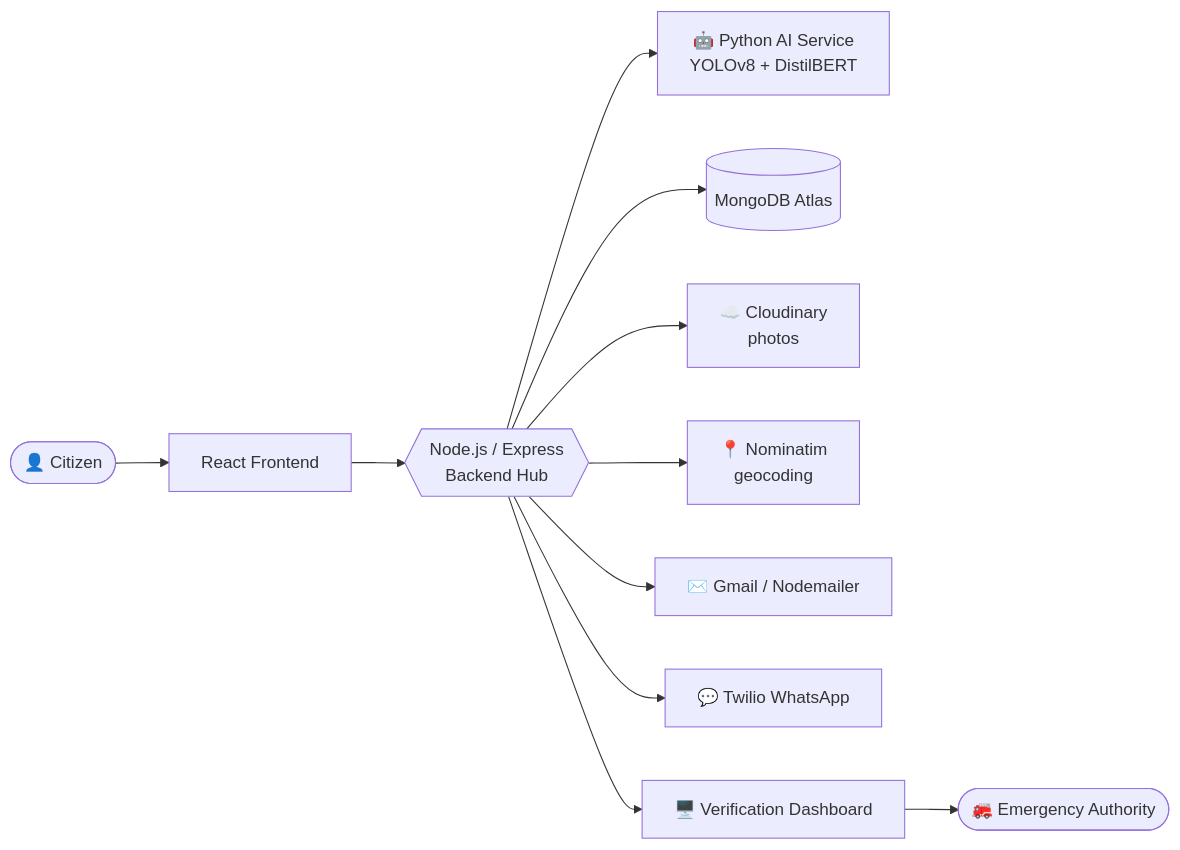
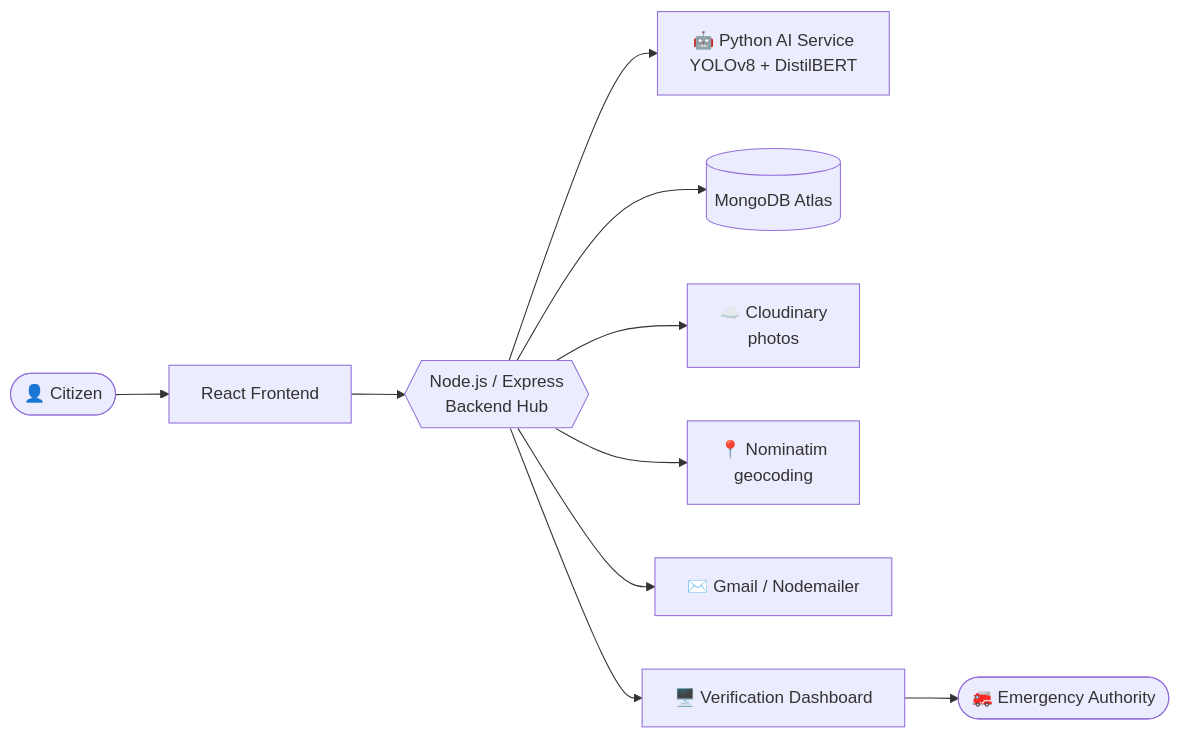
The first of 2 diagrams in README.md (vijaycode12/Epicenter), drawn with Mermaid before and after one commit. The commit also changed other lines of this file, not shown here.

````diff
--- a/README.md
+++ b/README.md
@@ -62,13 +62,12 @@
 ```mermaid
 flowchart LR
     C([👤 Citizen]) --> F[React Frontend]
     F --> B{{Node.js / Express<br/>Backend Hub}}
     B --> AI[🤖 Python AI Service<br/>YOLOv8 + DistilBERT]
     B --> DB[(MongoDB Atlas)]
     B --> CL[☁️ Cloudinary<br/>photos]
     B --> NM[📍 Nominatim<br/>geocoding]
     B --> EM[✉️ Gmail / Nodemailer]
-    B --> TW[💬 Twilio WhatsApp]
     B --> D[🖥️ Verification Dashboard]
     D --> E([🚒 Emergency Authority])
 ```
````
